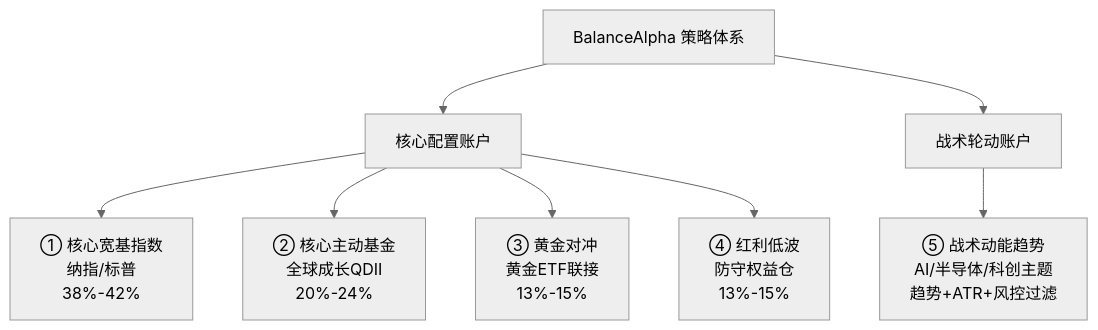
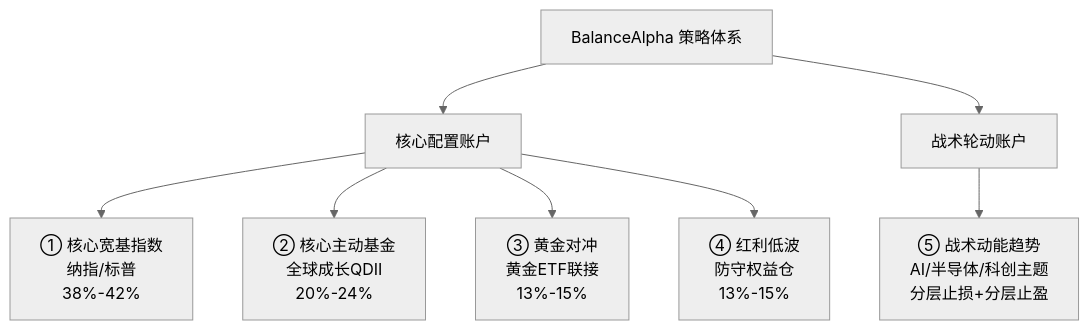
Before and after one commit to maoil/BalanceAlpha: the diagram in strategy_summary.md, drawn with Mermaid (neutral theme). The commit also changed other lines of this file and 2 other files, not shown here.

````diff
--- a/strategy_summary.md
+++ b/strategy_summary.md
@@ -295,12 +295,12 @@
 ```mermaid
 graph TD
     A["BalanceAlpha 策略体系"] --> B["核心配置账户"]
     A --> C["战术轮动账户"]
 
     B --> D["① 核心宽基指数<br/>纳指/标普<br/>38%-42%"]
     B --> E["② 核心主动基金<br/>全球成长QDII<br/>20%-24%"]
     B --> F["③ 黄金对冲<br/>黄金ETF联接<br/>13%-15%"]
     B --> G["④ 红利低波<br/>防守权益仓<br/>13%-15%"]
 
-    C --> H["⑤ 战术动能趋势<br/>AI/半导体/科创主题<br/>趋势+ATR+风控过滤"]
+    C --> H["⑤ 战术动能趋势<br/>AI/半导体/科创主题<br/>分层止损+分层止盈"]
 ```
````
